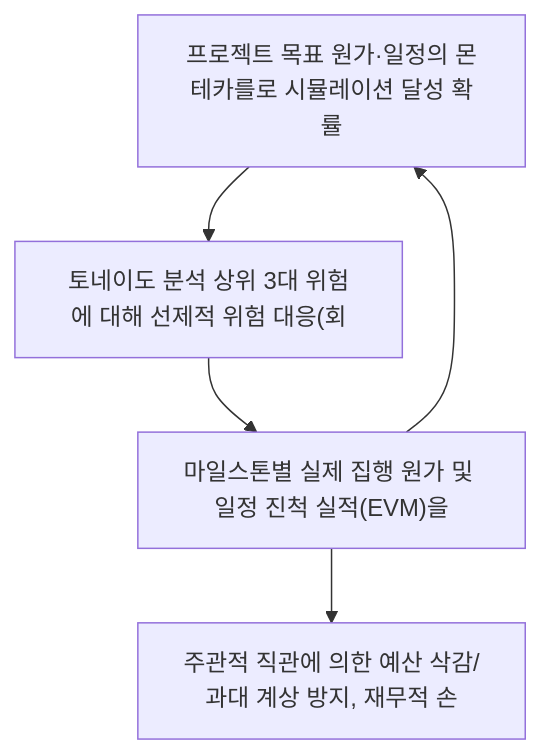
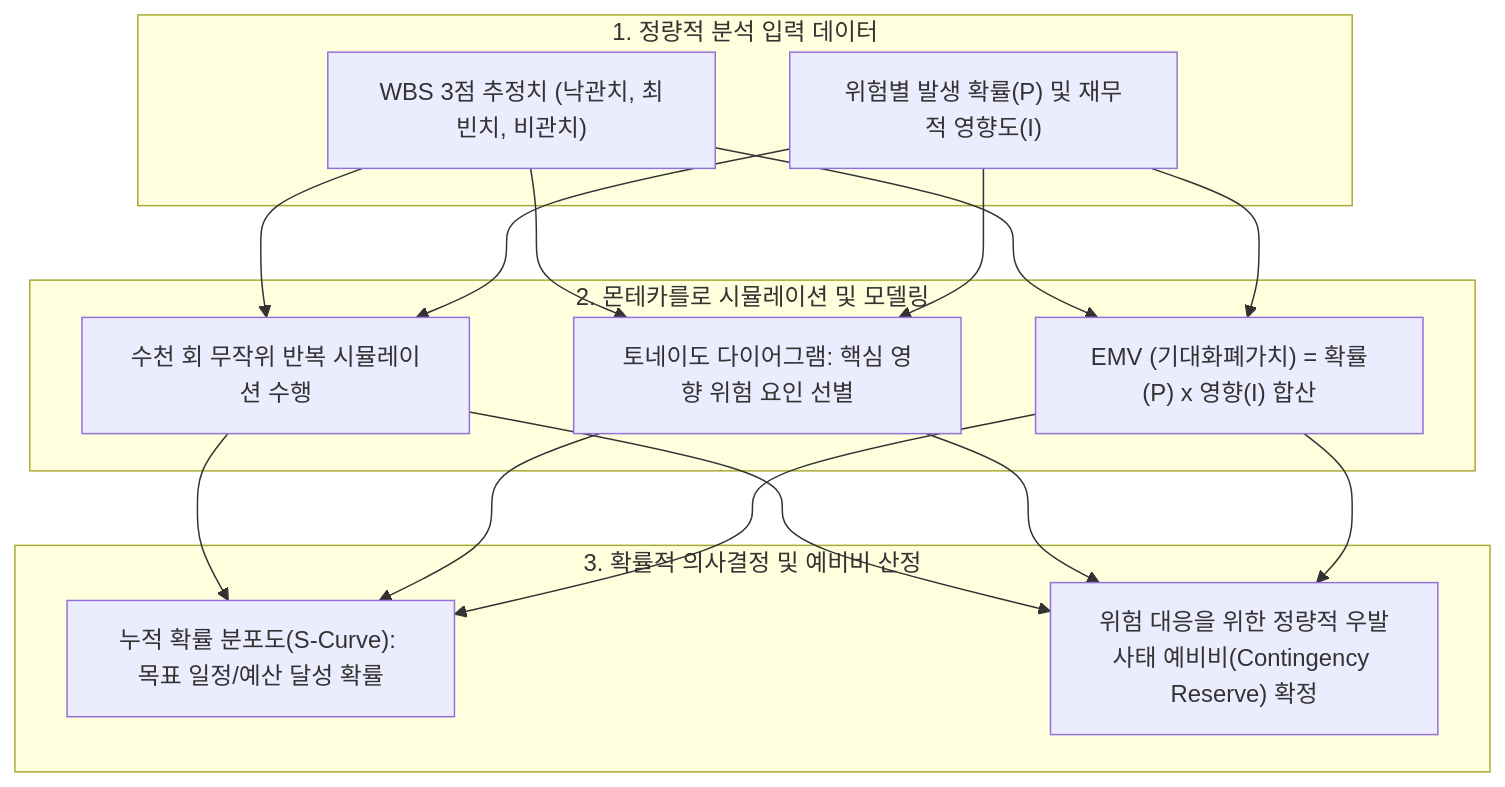
One commit to agnusdei1207/study changed the third of 4 diagrams in src/content/docs/notes/itpe/01-it-strategy/073_quantitative_risk_analysis.md. Above: the diagram before and after it, drawn with Mermaid. The commit also changed other lines of this file and 80 other files, not shown here.

````diff
--- a/src/content/docs/notes/itpe/01-it-strategy/073_quantitative_risk_analysis.md
+++ b/src/content/docs/notes/itpe/01-it-strategy/073_quantitative_risk_analysis.md
@@ -125,5 +118,18 @@
 ```mermaid
 flowchart TD
-    P["프로젝트 목표 원가·일정의 몬테카를로 시뮬레이션 달성 확률"] --> A["토네이도 분석 상위 3대 위험에 대해 선제적 위험 대응(회"] --> V["마일스톤별 실제 집행 원가 및 일정 진척 실적(EVM)을 "] --> E["주관적 직관에 의한 예산 삭감/과대 계상 방지, 재무적 손"]
-    V --> P
+    subgraph Inputs["1. 정량적 분석 입력 데이터"]
+        I1["WBS 3점 추정치 (낙관치, 최빈치, 비관치)"]
+        I2["위험별 발생 확률(P) 및 재무적 영향도(I)"]
+    end
+    subgraph Simulation["2. 몬테카를로 시뮬레이션 및 모델링"]
+        M1["수천 회 무작위 반복 시뮬레이션 수행"]
+        M2["토네이도 다이어그램: 핵심 영향 위험 요인 선별"]
+        M3["EMV (기대화폐가치) = 확률(P) x 영향(I) 합산"]
+        I1 & I2 --> M1 & M2 & M3
+    end
+    subgraph Outputs["3. 확률적 의사결정 및 예비비 산정"]
+        O1["누적 확률 분포도(S-Curve): 목표 일정/예산 달성 확률"]
+        O2["위험 대응을 위한 정량적 우발사태 예비비(Contingency Reserve) 확정"]
+        M1 & M2 & M3 --> O1 & O2
+    end
 ```
````
